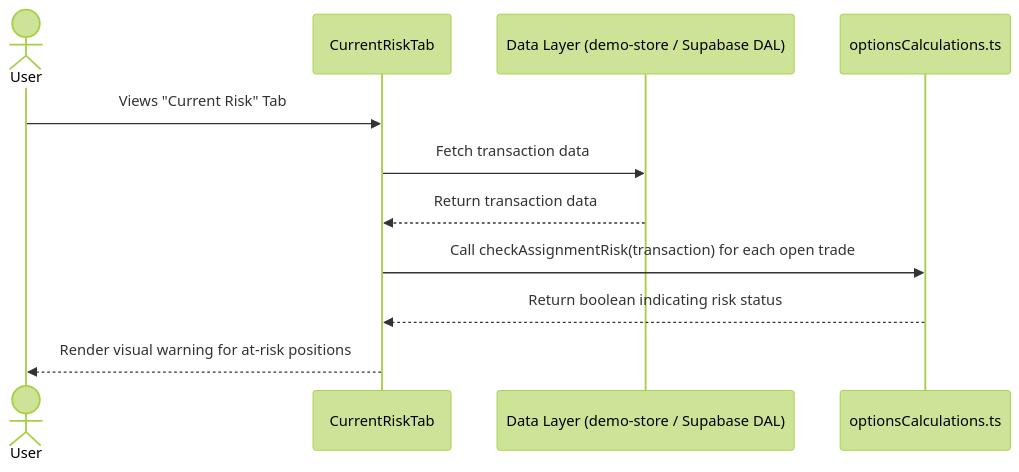
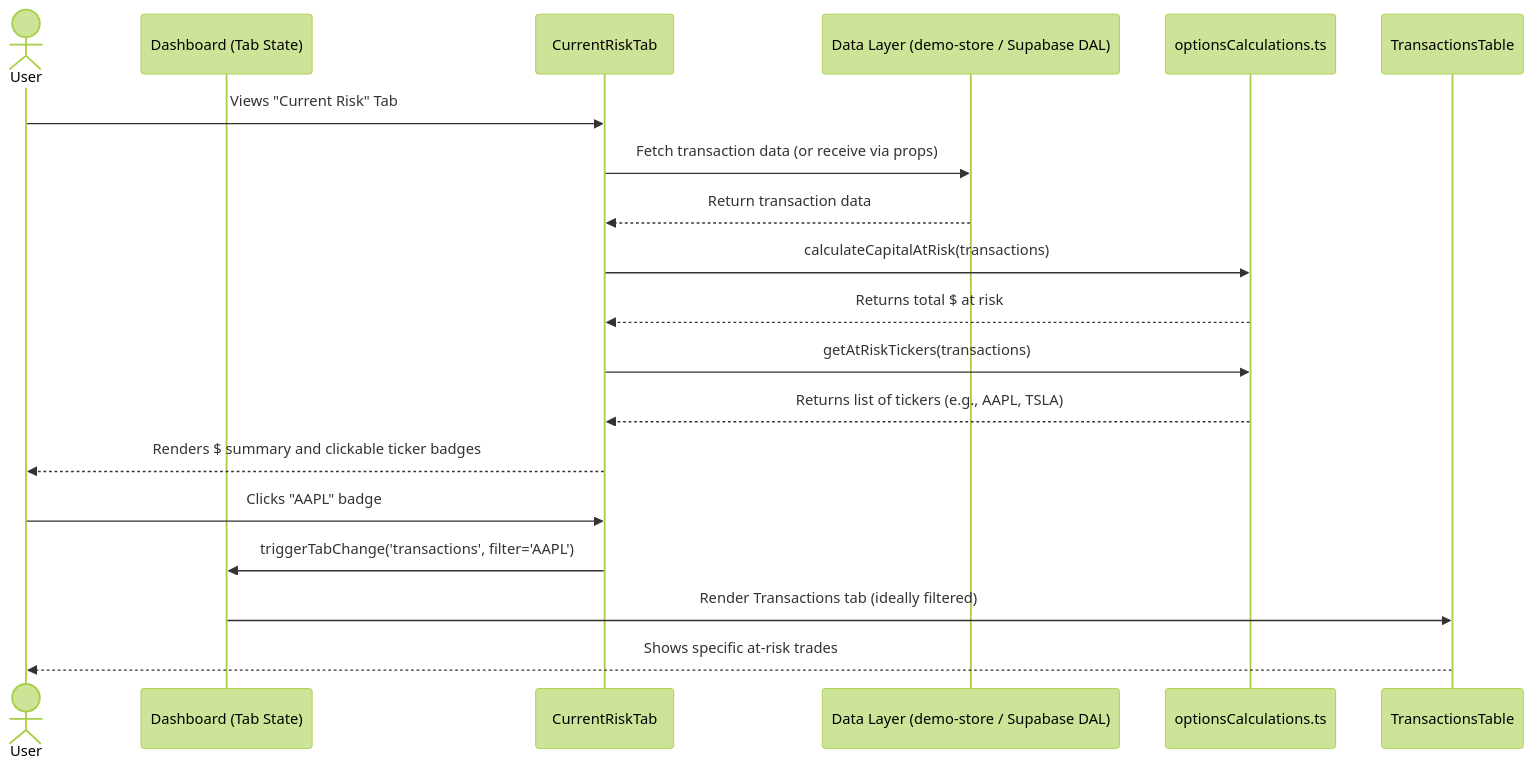
Before and after one commit to MankalMR/OptionsBookie: the diagram in .agent/oracle/2026-03-19-assignment-risk-warning.md, drawn with Mermaid (forest theme). The commit also changed other lines of this file, not shown here.

First line of the commit message:
draft feature ticket for assignment risk warning

````diff
--- a/.agent/oracle/2026-03-19-assignment-risk-warning.md
+++ b/.agent/oracle/2026-03-19-assignment-risk-warning.md
@@ -43,14 +47,22 @@
 ```mermaid
 sequenceDiagram
     actor User
+    participant Parent as Dashboard (Tab State)
     participant UI as CurrentRiskTab
     participant Store as Data Layer (demo-store / Supabase DAL)
     participant Utils as optionsCalculations.ts
+    participant TransUI as TransactionsTable
 
     User->>UI: Views "Current Risk" Tab
-    UI->>Store: Fetch transaction data
+    UI->>Store: Fetch transaction data (or receive via props)
     Store-->>UI: Return transaction data
-    UI->>Utils: Call checkAssignmentRisk(transaction) for each open trade
-    Utils-->>UI: Return boolean indicating risk status
-    UI-->>User: Render visual warning for at-risk positions
+    UI->>Utils: calculateCapitalAtRisk(transactions)
+    Utils-->>UI: Returns total $ at risk
+    UI->>Utils: getAtRiskTickers(transactions)
+    Utils-->>UI: Returns list of tickers (e.g., AAPL, TSLA)
+    UI-->>User: Renders $ summary and clickable ticker badges
+    User->>UI: Clicks "AAPL" badge
+    UI->>Parent: triggerTabChange('transactions', filter='AAPL')
+    Parent->>TransUI: Render Transactions tab (ideally filtered)
+    TransUI-->>User: Shows specific at-risk trades
 ```
````
